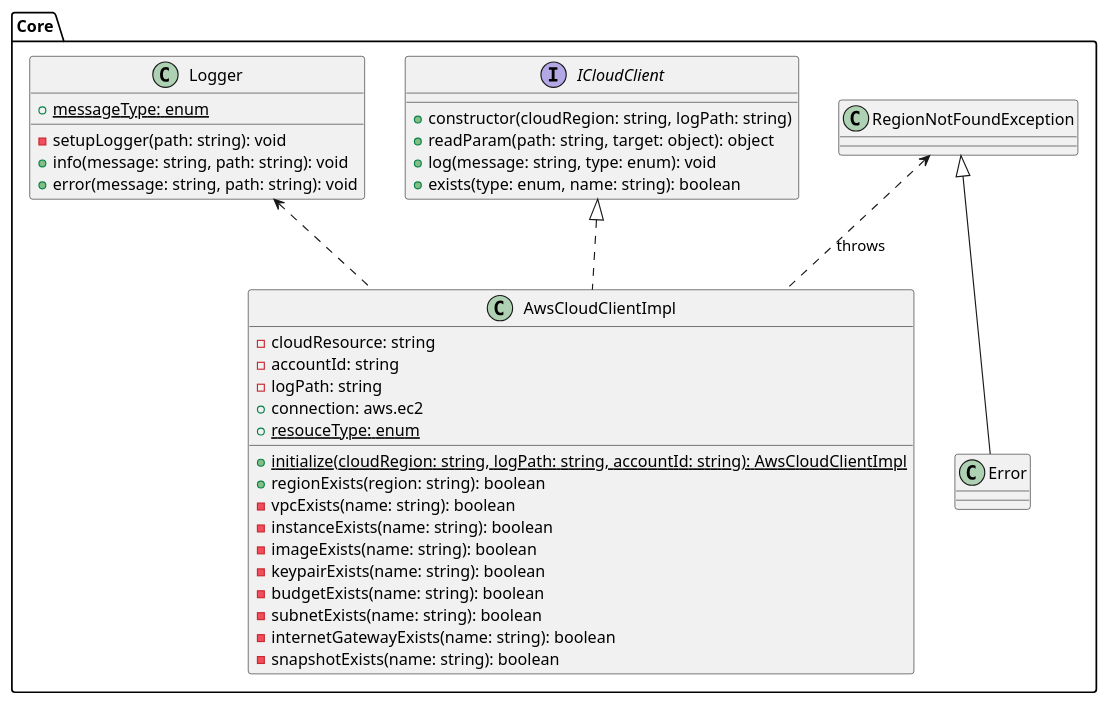
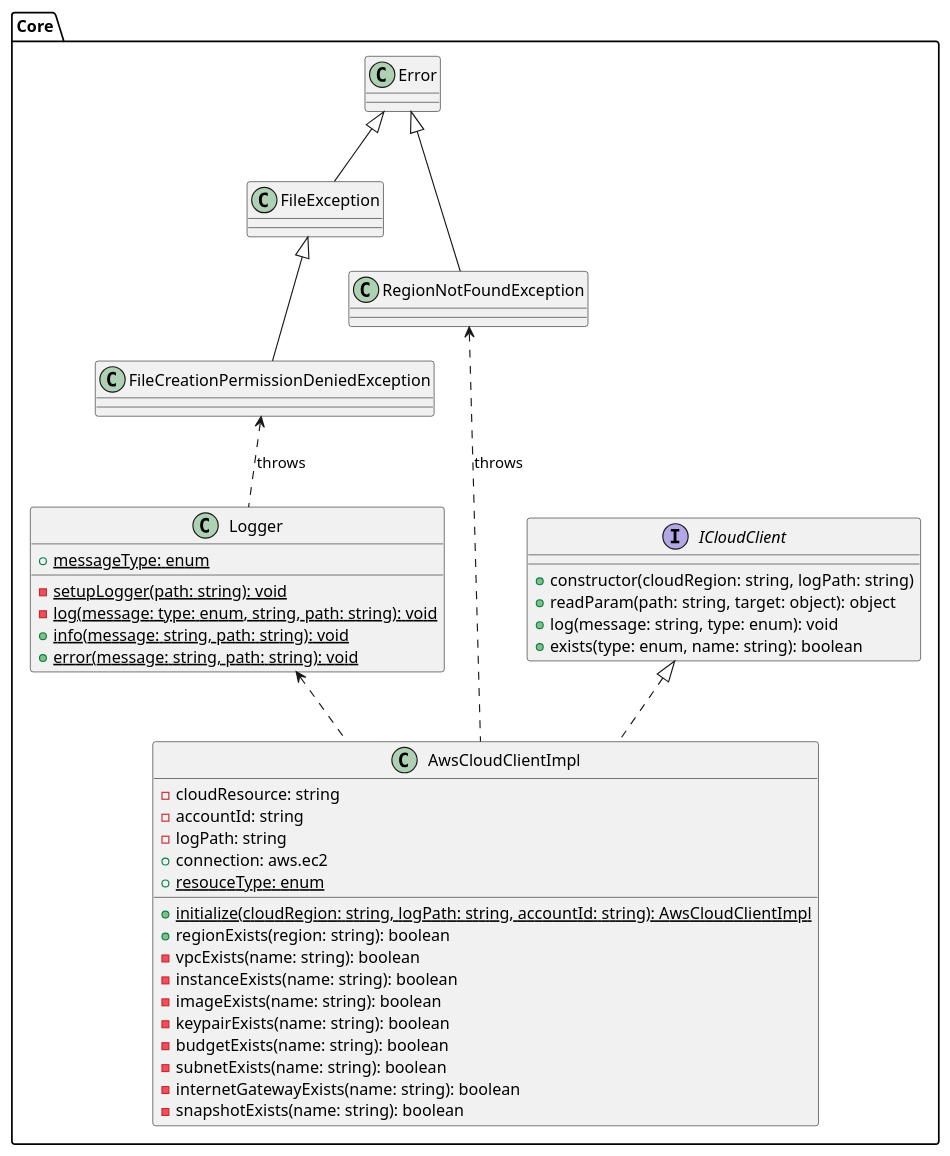
One commit to Thynkon/VIR1-CORE changed the diagram in doc/class_diagram/diagram.puml. Above: the diagram before and after it, drawn with PlantUML. The commit also changed 1 other file, not shown here.

Commit message:
Add FileCreationPermissionDeniedException to class diagram

```diff
--- a/doc/class_diagram/diagram.puml
+++ b/doc/class_diagram/diagram.puml
@@ -1,51 +1,59 @@
 @startuml
 'https://plantuml.com/class-diagram
 
 package "Core"{
 
     'classes and interfaces
     interface ICloudClient{
         +constructor(cloudRegion: string, logPath: string)
         +readParam(path: string, target: object): object
         +log(message: string, type: enum): void
         +exists(type: enum, name: string): boolean
     }
 
     class AwsCloudClientImpl {
         -cloudResource: string
         -accountId: string
         -logPath: string
         +connection: aws.ec2
         {static} +resouceType: enum
 
         {static} +initialize(cloudRegion: string, logPath: string, accountId: string): AwsCloudClientImpl
         +regionExists(region: string): boolean
         -vpcExists(name: string): boolean
         -instanceExists(name: string): boolean
         -imageExists(name: string): boolean
         -keypairExists(name: string): boolean
         -budgetExists(name: string): boolean
         -subnetExists(name: string): boolean
         -internetGatewayExists(name: string): boolean
         -snapshotExists(name: string): boolean
     }
 
-    class Error
-    class RegionNotFoundException
-
     class Logger {
         {static} +messageType: enum
 
-        -setupLogger(path: string): void
-        +info(message: string, path: string): void
-        +error(message: string, path: string): void
+        {static} -setupLogger(path: string): void
+        {static} -log(message: type: enum, string, path: string): void
+        {static} +info(message: string, path: string): void
+        {static} +error(message: string, path: string): void
     }
 
+    class Error
+    class FileException
+    class FileCreationPermissionDeniedException
+    class RegionNotFoundException
+
     'relations
+    Error <|-- RegionNotFoundException
+    Error <|-- FileException
+    FileException <|-- FileCreationPermissionDeniedException
+
+    RegionNotFoundException <.. AwsCloudClientImpl: throws
+    FileCreationPermissionDeniedException <.. Logger: throws
+
     ICloudClient <|.. AwsCloudClientImpl
     Logger <.. AwsCloudClientImpl
-    RegionNotFoundException <.. AwsCloudClientImpl: throws
-    RegionNotFoundException <|-- Error
 }
 
 @enduml
```
